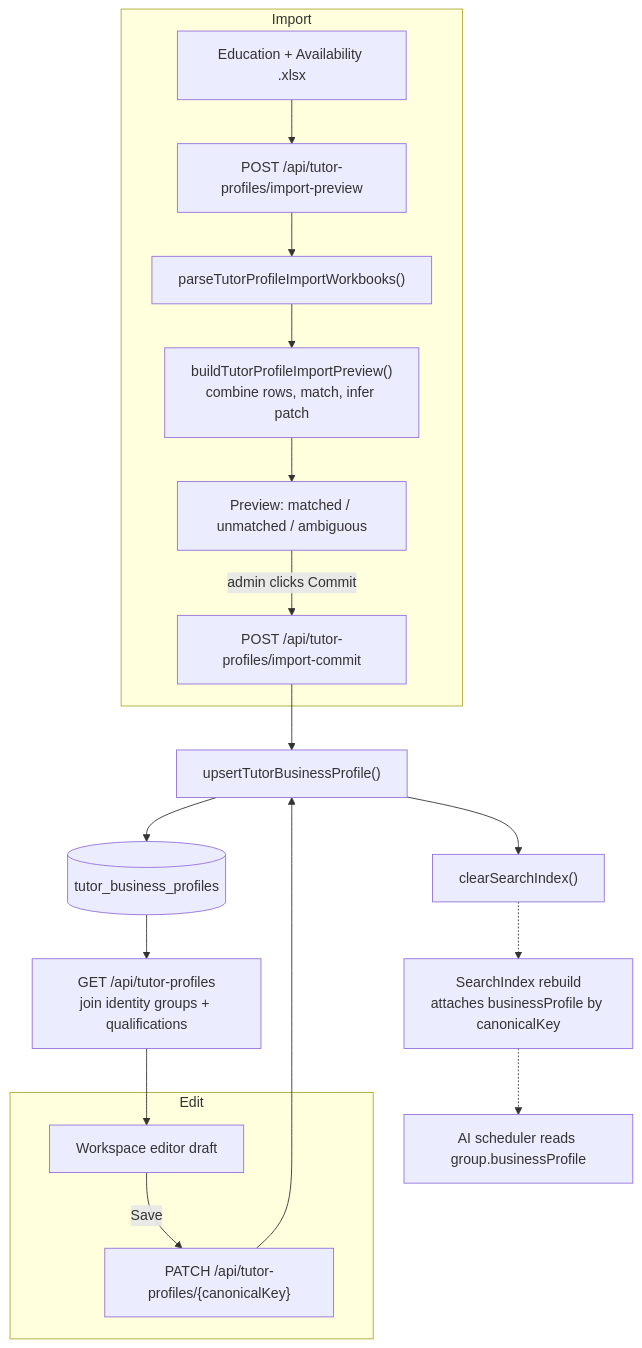
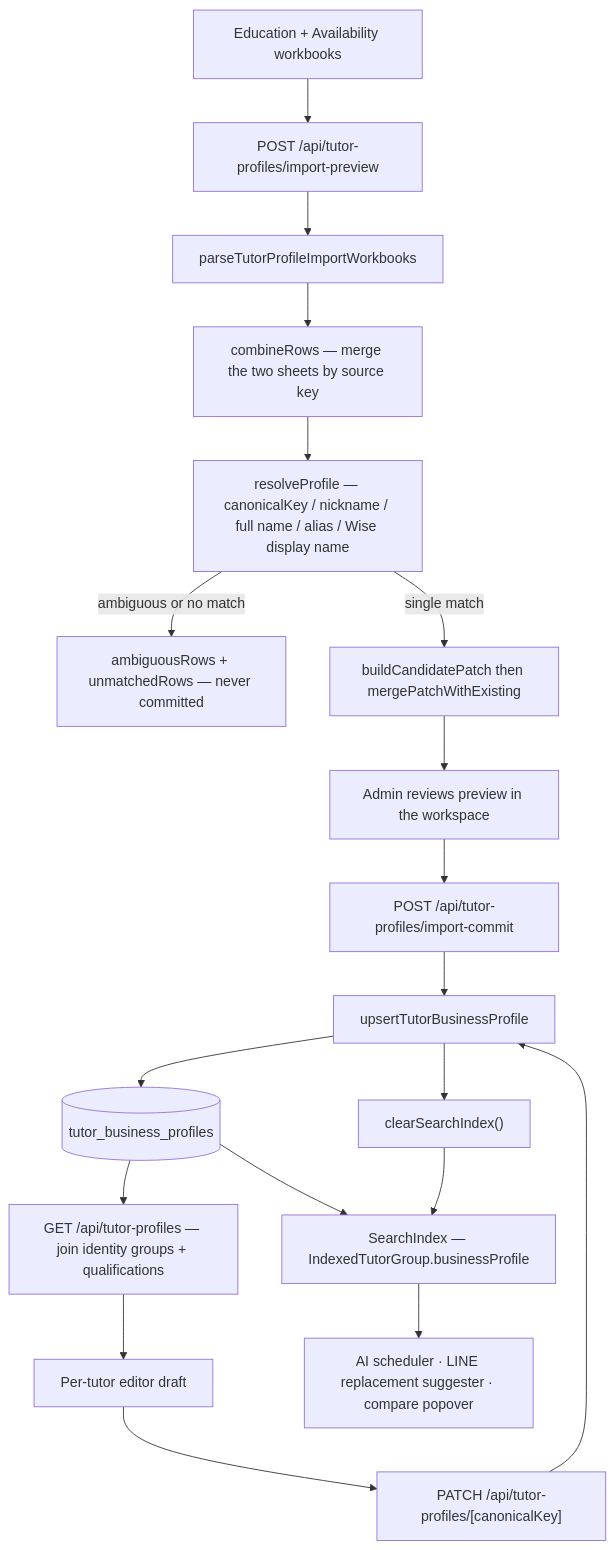
One commit to kasheesh711/bgscheduler changed the diagram in docs/features/tutor-profiles.md. Above: the diagram before and after it, drawn with Mermaid. The commit also changed other lines of this file and 71 other files, not shown here.

````diff
--- a/docs/features/tutor-profiles.md
+++ b/docs/features/tutor-profiles.md
@@ -53,21 +67,21 @@
 ```mermaid
 flowchart TD
-  subgraph Import
-    XLSX[Education + Availability .xlsx] --> PP["POST /api/tutor-profiles/import-preview"]
-    PP --> PARSE["parseTutorProfileImportWorkbooks()"]
-    PARSE --> BUILD["buildTutorProfileImportPreview()<br/>combine rows, match, infer patch"]
-    BUILD --> PREVIEW[Preview: matched / unmatched / ambiguous]
-    PREVIEW -->|admin clicks Commit| IC["POST /api/tutor-profiles/import-commit"]
-  end
-  subgraph Edit
-    UI[Workspace editor draft] -->|Save| PATCH["PATCH /api/tutor-profiles/{canonicalKey}"]
-  end
-  IC --> UPSERT["upsertTutorBusinessProfile()"]
-  PATCH --> UPSERT
-  UPSERT --> DB[(tutor_business_profiles)]
-  UPSERT --> CLEAR["clearSearchIndex()"]
-  CLEAR -.-> IDX["SearchIndex rebuild<br/>attaches businessProfile by canonicalKey"]
-  IDX -.-> AI["AI scheduler reads group.businessProfile"]
-  DB --> LIST["GET /api/tutor-profiles<br/>join identity groups + qualifications"]
-  LIST --> UI
+    XLSX["Education + Availability workbooks"] --> PREVIEW["POST /api/tutor-profiles/import-preview"]
+    PREVIEW --> PARSE["parseTutorProfileImportWorkbooks"]
+    PARSE --> COMBINE["combineRows — merge the two sheets by source key"]
+    COMBINE --> MATCH["resolveProfile — canonicalKey / nickname / full name / alias / Wise display name"]
+    MATCH -->|ambiguous or no match| BUCKETS["ambiguousRows + unmatchedRows — never committed"]
+    MATCH -->|single match| MERGE["buildCandidatePatch then mergePatchWithExisting"]
+    MERGE --> REVIEW["Admin reviews preview in the workspace"]
+    REVIEW --> COMMIT["POST /api/tutor-profiles/import-commit"]
+    EDITOR["Per-tutor editor draft"] --> PATCH["PATCH /api/tutor-profiles/[canonicalKey]"]
+    COMMIT --> UPSERT["upsertTutorBusinessProfile"]
+    PATCH --> UPSERT
+    UPSERT --> TABLE[("tutor_business_profiles")]
+    UPSERT --> CLEAR["clearSearchIndex()"]
+    TABLE --> INDEX["SearchIndex — IndexedTutorGroup.businessProfile"]
+    CLEAR --> INDEX
+    INDEX --> CONSUMERS["AI scheduler · LINE replacement suggester · compare popover"]
+    TABLE --> LIST["GET /api/tutor-profiles — join identity groups + qualifications"]
+    LIST --> EDITOR
 ```
````
